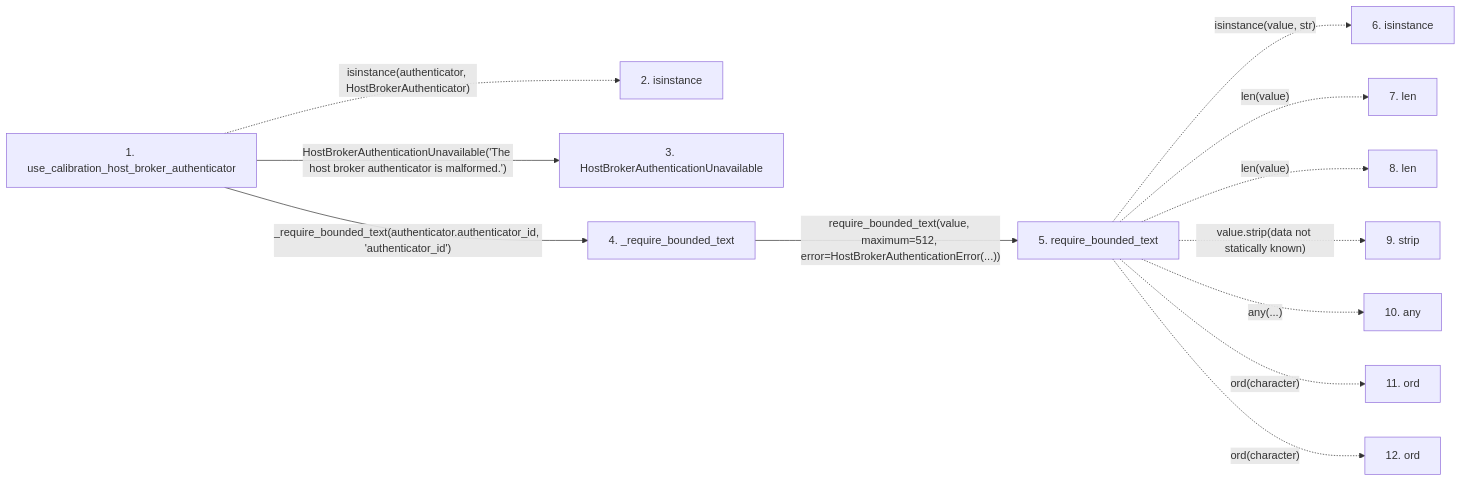
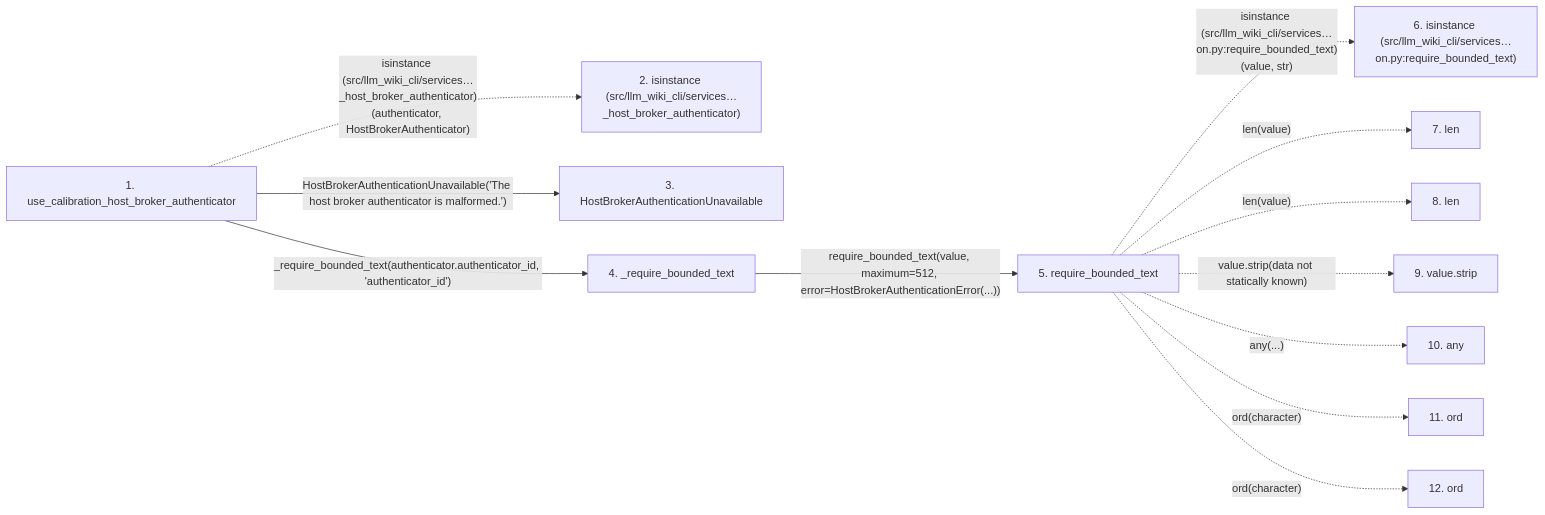
Before and after one commit to Denissvgn/python-wiki-llm: the second of 2 diagrams in docs/llm_wiki/flows/api-use_calibration_host_broker_authenticator-host_broker.md, drawn with Mermaid. The commit also changed other lines of this file and 719 other files, not shown here.

````diff
--- a/docs/llm_wiki/flows/api-use_calibration_host_broker_authenticator-host_broker.md
+++ b/docs/llm_wiki/flows/api-use_calibration_host_broker_authenticator-host_broker.md
@@ -43,30 +44,30 @@
 ```mermaid
 flowchart LR
     s1["1. use_calibration_host_broker_authenticator"]
-    s2["2. isinstance"]
+    s2["2. isinstance (src/llm_wiki_cli/services…_host_broker_authenticator)"]
     s3["3. HostBrokerAuthenticationUnavailable"]
     s4["4. _require_bounded_text"]
     s5["5. require_bounded_text"]
-    s6["6. isinstance"]
+    s6["6. isinstance (src/llm_wiki_cli/services…on.py:require_bounded_text)"]
     s7["7. len"]
     s8["8. len"]
-    s9["9. strip"]
+    s9["9. value.strip"]
     s10["10. any"]
     s11["11. ord"]
     s12["12. ord"]
-    s1 -. "isinstance(authenticator, HostBrokerAuthenticator)" .-> s2
+    s1 -. "isinstance (src/llm_wiki_cli/services…_host_broker_authenticator)(authenticator, HostBrokerAuthenticator)" .-> s2
     s1 -->|"HostBrokerAuthenticationUnavailable('The host broker authenticator is malformed.')"| s3
     s1 -->|"_require_bounded_text(authenticator.authenticator_id, 'authenticator_id')"| s4
     s4 -->|"require_bounded_text(value, maximum=512, error=HostBrokerAuthenticationError(...))"| s5
-    s5 -. "isinstance(value, str)" .-> s6
+    s5 -. "isinstance (src/llm_wiki_cli/services…on.py:require_bounded_text)(value, str)" .-> s6
     s5 -. "len(value)" .-> s7
     s5 -. "len(value)" .-> s8
     s5 -. "value.strip(data not statically known)" .-> s9
     s5 -. "any(...)" .-> s10
     s5 -. "ord(character)" .-> s11
     s5 -. "ord(character)" .-> s12
     click s1 "../modules/host_broker.md"
     click s3 "../modules/host_broker.md"
     click s4 "../modules/host_broker.md"
     click s5 "../modules/validation.md"
 ```
````
